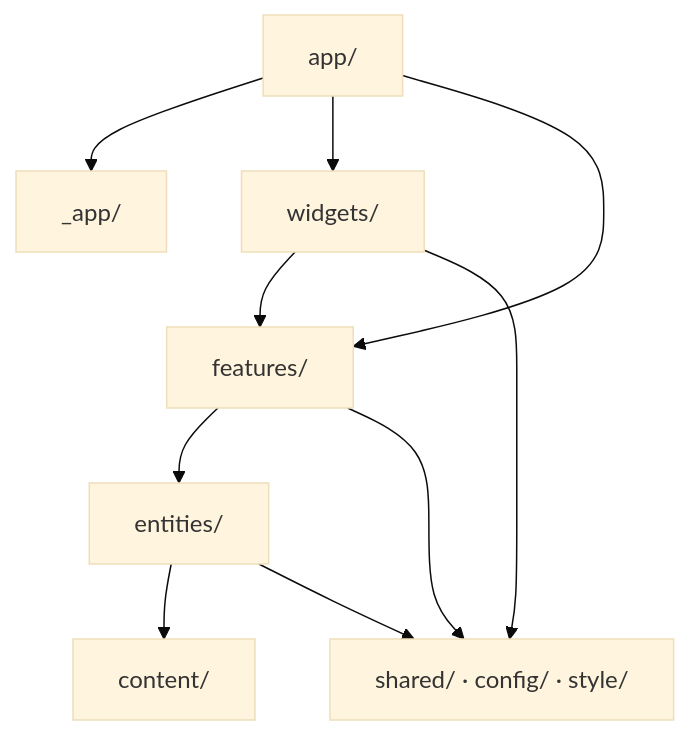
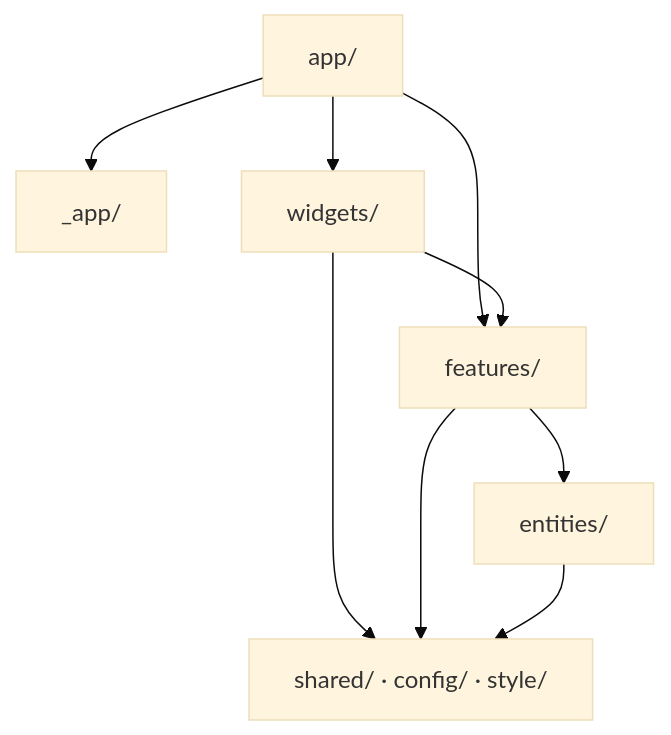
Before and after one commit to GUNIZZI/portfolio: the diagram in docs/architecture.md, drawn with Mermaid (base theme). The commit also changed other lines of this file and 79 other files, not shown here.

````diff
--- a/docs/architecture.md
+++ b/docs/architecture.md
@@ -73,12 +73,11 @@
 ```mermaid
 flowchart TD
     A["app/"] --> AP["_app/"]
     A --> W["widgets/"]
     A --> F["features/"]
     W --> F
     F --> E["entities/"]
-    E --> C["content/"]
     W --> S["shared/ · config/ · style/"]
     F --> S
     E --> S
 ```
````
